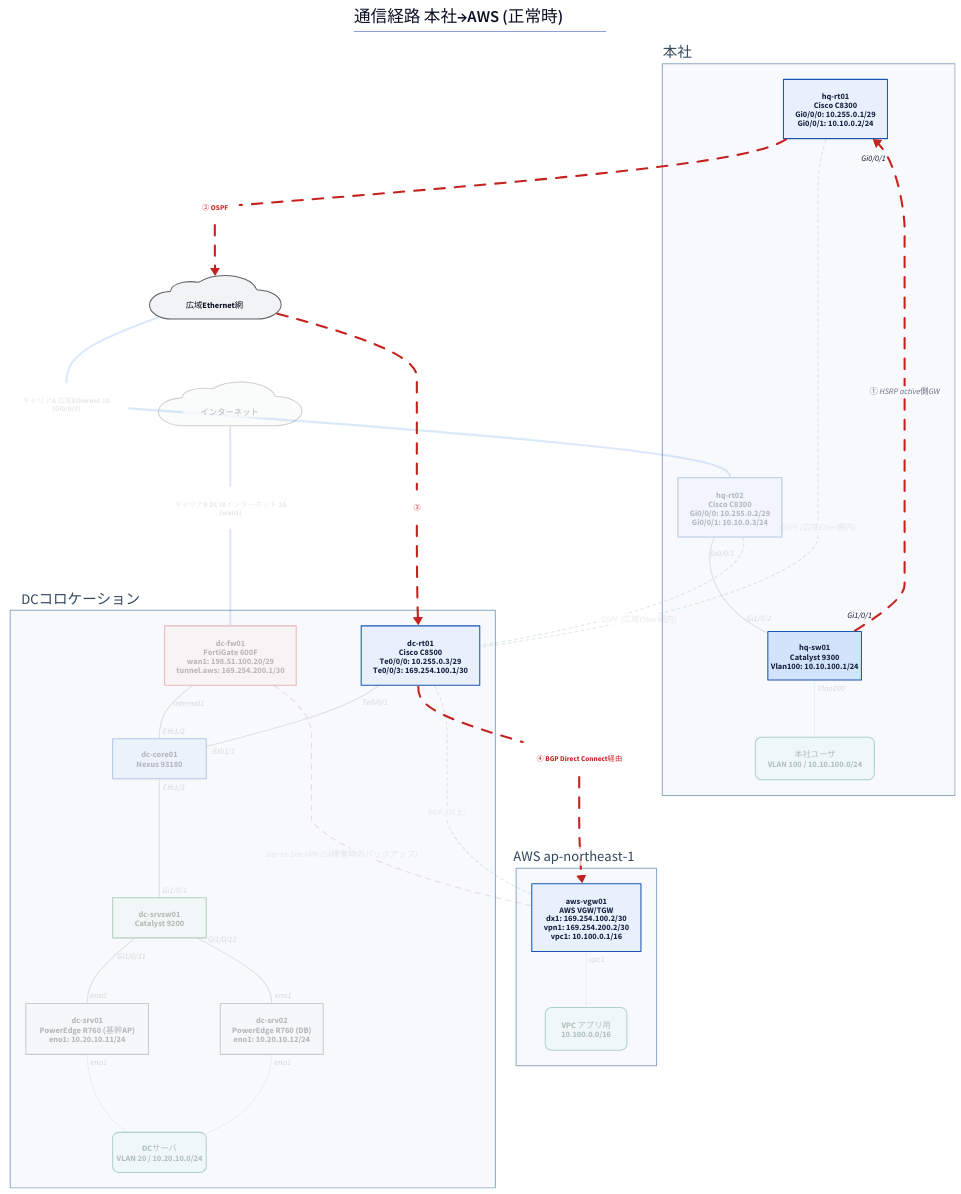
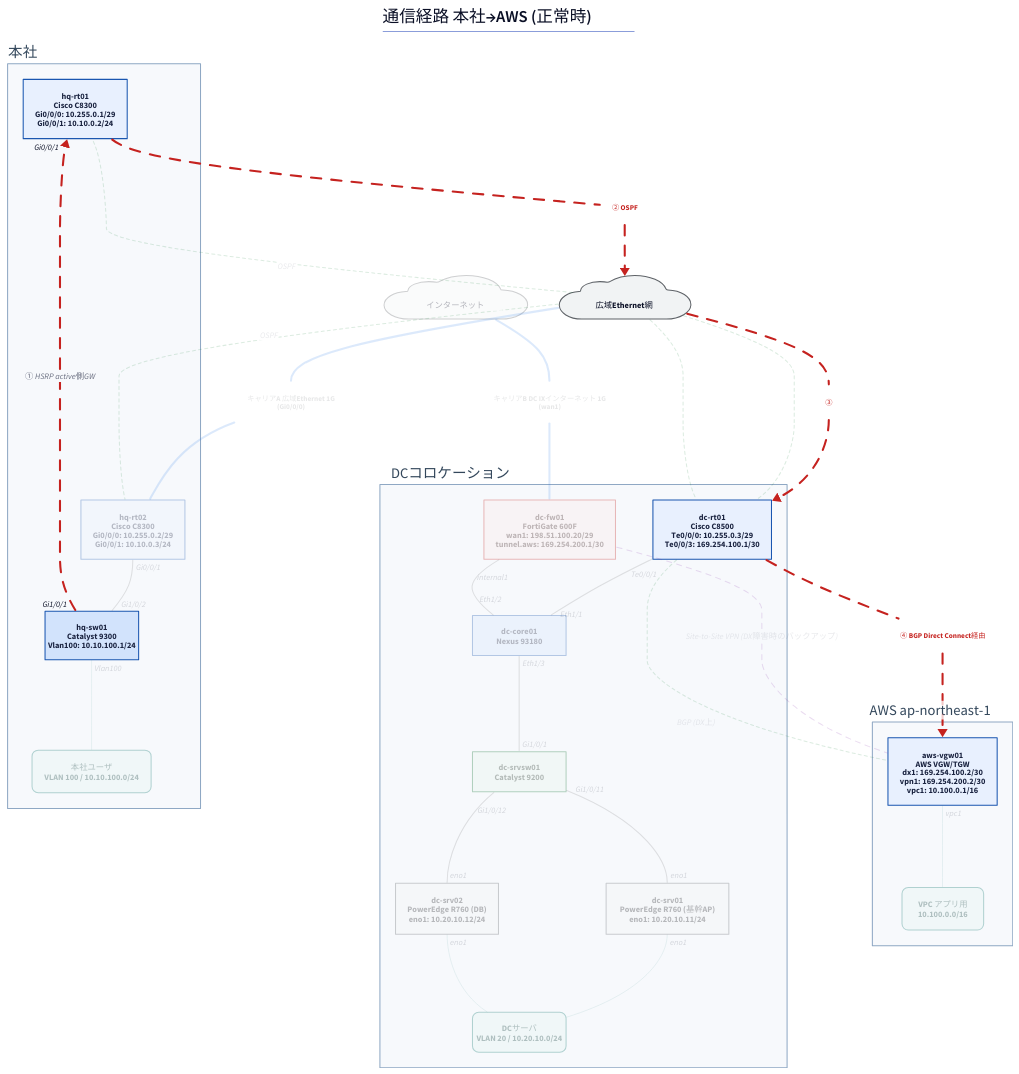
The diagram in examples/hq-dc-cloud/generated/path-normal.d2 (thinas1115/nwdsl), drawn with D2 before and after one commit. The commit also changed 52 other files, not shown here.

First line of the commit message:
論理図の表現改善: D2エリア名ラベル復活 / 面塗りフラット化 / via による網経由描画

```diff
--- a/examples/hq-dc-cloud/generated/path-normal.d2
+++ b/examples/hq-dc-cloud/generated/path-normal.d2
@@ -1,85 +1,87 @@
 title: |md
   # 通信経路 本社→AWS (正常時)
 | {near: top-center}
 direction: down
 
 classes: {
   role-router: {style.fill: "#e8f0fe"; style.stroke: "#1a56b0"; style.font-color: "#1a2340"}
   role-l3switch: {style.fill: "#d2e3fc"; style.stroke: "#1a56b0"; style.font-color: "#1a2340"}
   role-l2switch: {style.fill: "#e6f4ea"; style.stroke: "#137333"; style.font-color: "#1a2e1f"}
   role-firewall: {style.fill: "#fce8e6"; style.stroke: "#c5221f"; style.font-color: "#3c1a19"}
   role-other: {style.fill: "#f1f3f4"; style.stroke: "#5f6368"; style.font-color: "#202124"}
   node-cloud: {shape: cloud; style.fill: "#f1f3f4"; style.stroke: "#5f6368"}
   node-site: {style.fill: "#fff8e1"; style.stroke: "#b58105"; style.font-color: "#4a3a08"}
   node-segment: {style.fill: "#e2f5f0"; style.stroke: "#0f766e"; style.font-color: "#0b3d38"; style.border-radius: 12}
   node-external: {style.fill: "#ffffff"; style.stroke: "#9aa0a6"; style.stroke-dash: 3}
   group-site: {style.fill: "#f7f9fc"; style.stroke: "#8fa8c4"; style.font-color: "#33475b"}
   edge-label: {style.fill: "transparent"; style.stroke: "transparent"; style.font-size: 14; style.font-color: "#5f6368"; style.italic: true}
   edge-lan-cable: {style.stroke: "#4a4a4a"; style.stroke-width: 2}
   edge-wan-circuit: {style.stroke: "#1a73e8"; style.stroke-width: 4}
   edge-tunnel: {style.stroke: "#7b1fa2"; style.stroke-width: 2; style.stroke-dash: 5}
   edge-logical: {style.stroke: "#188038"; style.stroke-width: 2; style.stroke-dash: 3}
   edge-segment: {style.stroke: "#0f766e"; style.stroke-width: 1}
 }
 
 s_hq: "本社" {
   class: group-site
   label.near: outside-top-left
   n_hq_rt01: "hq-rt01\nCisco C8300\nGi0/0/0: 10.255.0.1/29\nGi0/0/1: 10.10.0.2/24" {class: role-router}
   n_hq_sw01: "hq-sw01\nCatalyst 9300\nVlan100: 10.10.100.1/24" {class: role-l3switch; width: 180}
   n_hq_rt02: "hq-rt02\nCisco C8300\nGi0/0/0: 10.255.0.2/29\nGi0/0/1: 10.10.0.3/24" {class: role-router; style.opacity: 0.3}
   n_seg__hq_users: "本社ユーザ\nVLAN 100 / 10.10.100.0/24" {class: node-segment; style.opacity: 0.3}
 }
 
 s_dc: "DCコロケーション" {
   class: group-site
   label.near: outside-top-left
   n_dc_rt01: "dc-rt01\nCisco C8500\nTe0/0/0: 10.255.0.3/29\nTe0/0/3: 169.254.100.1/30" {class: role-router}
   n_dc_core01: "dc-core01\nNexus 93180" {class: role-l3switch; width: 180; style.opacity: 0.3}
   n_dc_fw01: "dc-fw01\nFortiGate 600F\nwan1: 198.51.100.20/29\ntunnel.aws: 169.254.200.1/30" {class: role-firewall; style.opacity: 0.3}
   n_dc_srvsw01: "dc-srvsw01\nCatalyst 9200" {class: role-l2switch; width: 180; style.opacity: 0.3}
   n_dc_srv01: "dc-srv01\nPowerEdge R760 (基幹AP)\neno1: 10.20.10.11/24" {class: role-other; style.opacity: 0.3}
   n_dc_srv02: "dc-srv02\nPowerEdge R760 (DB)\neno1: 10.20.10.12/24" {class: role-other; style.opacity: 0.3}
   n_seg__dc_servers: "DCサーバ\nVLAN 20 / 10.20.10.0/24" {class: node-segment; width: 180; style.opacity: 0.3}
 }
 
 s_aws: "AWS ap-northeast-1" {
   class: group-site
   label.near: outside-top-left
   n_aws_vgw01: "aws-vgw01\nAWS VGW/TGW\ndx1: 169.254.100.2/30\nvpn1: 169.254.200.2/30\nvpc1: 10.100.0.1/16" {class: role-router}
   n_seg__aws_vpc_app: "VPC アプリ用\n10.100.0.0/16" {class: node-segment; style.opacity: 0.3}
 }
 
 n_wide_ether: "　広域Ethernet網　" {class: node-cloud}
 n_internet: "　インターネット　" {class: node-cloud; style.opacity: 0.3}
 
 s_hq.n_hq_sw01 -> s_hq.n_hq_rt01: "① HSRP active側GW" {class: edge-lan-cable; source-arrowhead.label: "Gi1/0/1"; target-arrowhead.label: "Gi0/0/1"; style.stroke: "#c5221f"; style.stroke-width: 4; style.animated: true}
 s_hq.n_hq_rt02 -- s_hq.n_hq_sw01 {class: edge-lan-cable; source-arrowhead.label: "Gi0/0/1"; target-arrowhead.label: "Gi1/0/2"; style.opacity: 0.15}
 s_dc.n_dc_rt01 -- s_dc.n_dc_core01 {class: edge-lan-cable; source-arrowhead.label: "Te0/0/1"; target-arrowhead.label: "Eth1/1"; style.opacity: 0.15}
 s_dc.n_dc_fw01 -- s_dc.n_dc_core01 {class: edge-lan-cable; source-arrowhead.label: "internal1"; target-arrowhead.label: "Eth1/2"; style.opacity: 0.15}
 s_dc.n_dc_core01 -- s_dc.n_dc_srvsw01 {class: edge-lan-cable; source-arrowhead.label: "Eth1/3"; target-arrowhead.label: "Gi1/0/1"; style.opacity: 0.15}
 s_dc.n_dc_srvsw01 -- s_dc.n_dc_srv01 {class: edge-lan-cable; source-arrowhead.label: "Gi1/0/11"; target-arrowhead.label: "eno1"; style.opacity: 0.15}
 s_dc.n_dc_srvsw01 -- s_dc.n_dc_srv02 {class: edge-lan-cable; source-arrowhead.label: "Gi1/0/12"; target-arrowhead.label: "eno1"; style.opacity: 0.15}
 lbl_7: "② OSPF" {class: edge-label; style.font-color: "#c5221f"; style.bold: true}
 s_hq.n_hq_rt01 -- lbl_7 {class: edge-wan-circuit; style.stroke: "#c5221f"; style.stroke-width: 4; style.animated: true}
 lbl_7 -> n_wide_ether {class: edge-wan-circuit; style.stroke: "#c5221f"; style.stroke-width: 4; style.animated: true}
 lbl_8: "キャリアA 広域Ethernet 1G\n(Gi0/0/0)" {class: edge-label; style.opacity: 0.15}
 n_wide_ether -- lbl_8 {class: edge-wan-circuit; style.opacity: 0.15}
 lbl_8 -- s_hq.n_hq_rt02 {class: edge-wan-circuit; style.opacity: 0.15}
 lbl_9: "③" {class: edge-label; style.font-color: "#c5221f"; style.bold: true}
 n_wide_ether -- lbl_9 {class: edge-wan-circuit; style.stroke: "#c5221f"; style.stroke-width: 4; style.animated: true}
 lbl_9 -> s_dc.n_dc_rt01 {class: edge-wan-circuit; style.stroke: "#c5221f"; style.stroke-width: 4; style.animated: true}
 lbl_10: "④ BGP Direct Connect経由" {class: edge-label; style.font-color: "#c5221f"; style.bold: true}
 s_dc.n_dc_rt01 -- lbl_10 {class: edge-wan-circuit; style.stroke: "#c5221f"; style.stroke-width: 4; style.animated: true}
 lbl_10 -> s_aws.n_aws_vgw01 {class: edge-wan-circuit; style.stroke: "#c5221f"; style.stroke-width: 4; style.animated: true}
 lbl_11: "キャリアB DC IXインターネット 1G\n(wan1)" {class: edge-label; style.opacity: 0.15}
 n_internet -- lbl_11 {class: edge-wan-circuit; style.opacity: 0.15}
 lbl_11 -- s_dc.n_dc_fw01 {class: edge-wan-circuit; style.opacity: 0.15}
 s_dc.n_dc_fw01 -- s_aws.n_aws_vgw01: "Site-to-Site VPN (DX障害時のバックアップ)" {class: edge-tunnel; style.opacity: 0.15}
-s_hq.n_hq_rt01 -- s_dc.n_dc_rt01: "OSPF (広域Ether網内)" {class: edge-logical; style.opacity: 0.15}
-s_hq.n_hq_rt02 -- s_dc.n_dc_rt01: "OSPF (広域Ether網内)" {class: edge-logical; style.opacity: 0.15}
+n_wide_ether -- s_hq.n_hq_rt01: "OSPF" {class: edge-logical; style.opacity: 0.15}
+n_wide_ether -- s_dc.n_dc_rt01 {class: edge-logical; style.opacity: 0.15}
+n_wide_ether -- s_hq.n_hq_rt02: "OSPF" {class: edge-logical; style.opacity: 0.15}
+n_wide_ether -- s_dc.n_dc_rt01 {class: edge-logical; style.opacity: 0.15}
 s_dc.n_dc_rt01 -- s_aws.n_aws_vgw01: "BGP (DX上)" {class: edge-logical; style.opacity: 0.15}
 s_hq.n_hq_sw01 -- s_hq.n_seg__hq_users {class: edge-segment; source-arrowhead.label: "Vlan100"; style.opacity: 0.15}
 s_dc.n_dc_srv01 -- s_dc.n_seg__dc_servers {class: edge-segment; source-arrowhead.label: "eno1"; style.opacity: 0.15}
 s_dc.n_dc_srv02 -- s_dc.n_seg__dc_servers {class: edge-segment; source-arrowhead.label: "eno1"; style.opacity: 0.15}
 s_aws.n_aws_vgw01 -- s_aws.n_seg__aws_vpc_app {class: edge-segment; source-arrowhead.label: "vpc1"; style.opacity: 0.15}
```
